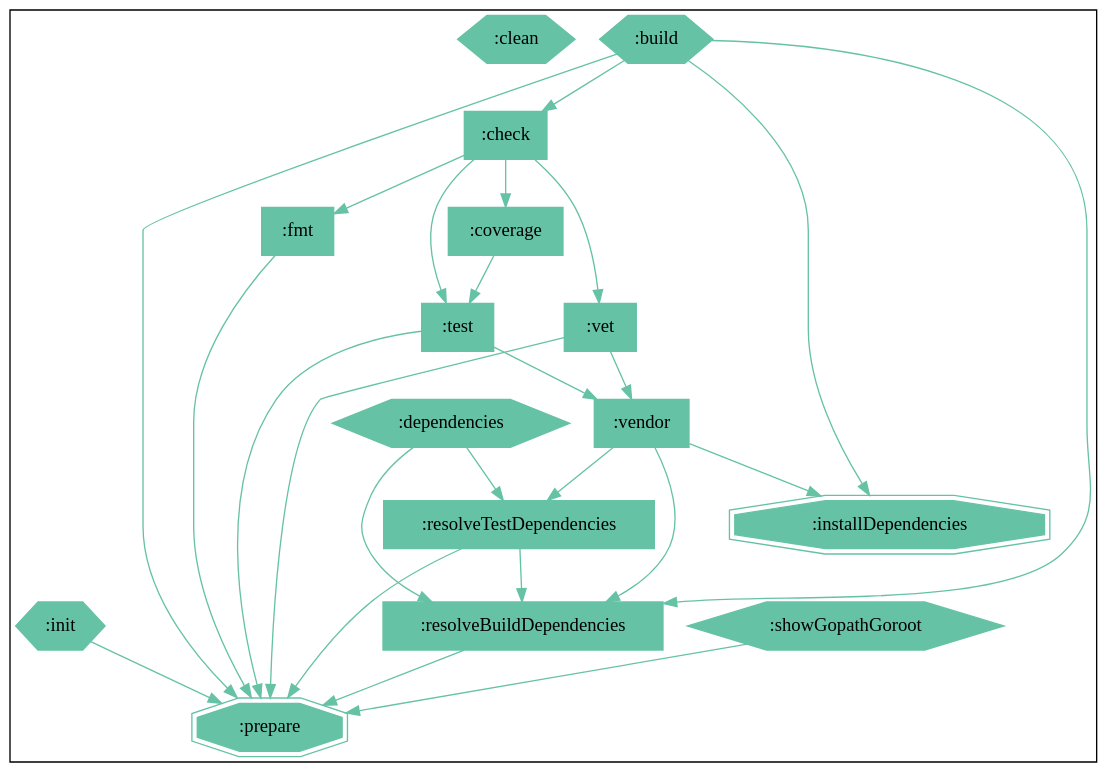
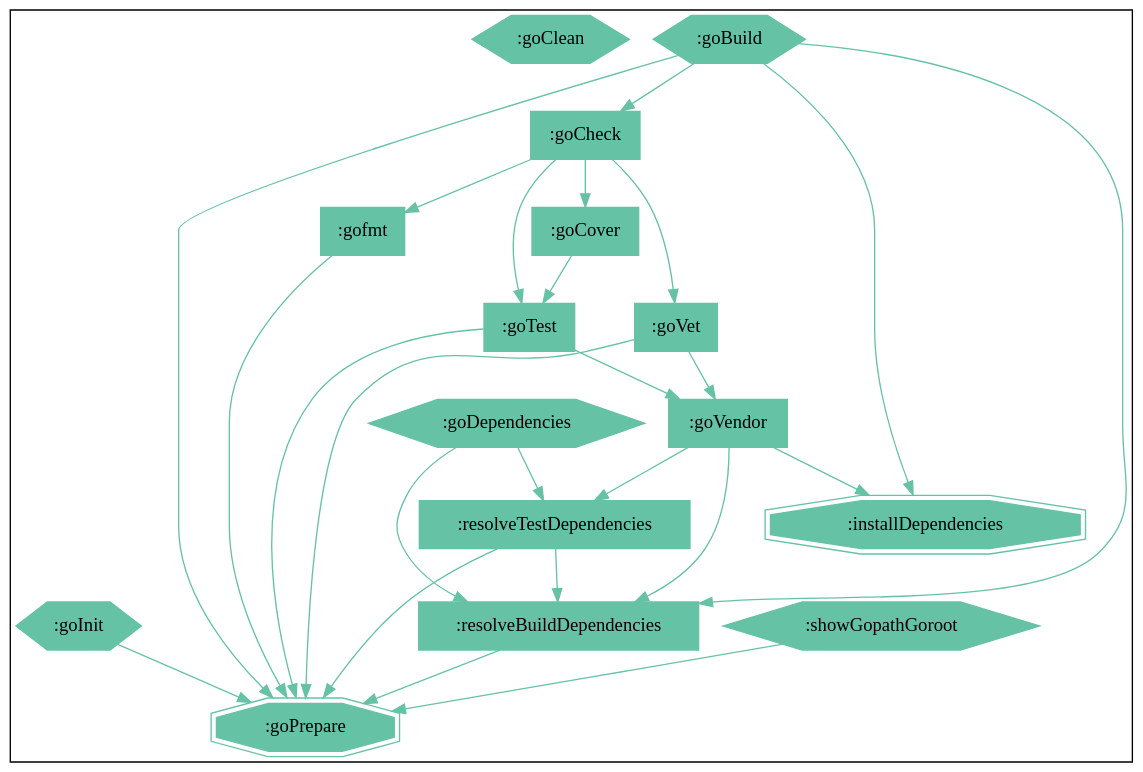
One commit to gogradle/gogradle changed the diagram in docs/images/visteg.dot. Above: the diagram before and after it, drawn with Graphviz. The commit also changed 14 other files, not shown here.

```diff
--- a/docs/images/visteg.dot
+++ b/docs/images/visteg.dot
@@ -1,39 +1,39 @@
 digraph compile { 
 colorscheme=spectral11;
-":clean" [shape="hexagon",colorscheme="spectral11",style=filled,color=9];
-":init" -> ":prepare" [colorscheme="spectral11",color=9];
-":init" [shape="hexagon",colorscheme="spectral11",style=filled,color=9];
-":prepare" [shape="doubleoctagon",colorscheme="spectral11",style=filled,color=9];
-":check" -> ":coverage" [colorscheme="spectral11",color=9];
-":check" -> ":test" [colorscheme="spectral11",color=9];
-":check" -> ":vet" [colorscheme="spectral11",color=9];
-":check" -> ":fmt" [colorscheme="spectral11",color=9];
-":check" [shape="box",colorscheme="spectral11",style=filled,color=9];
-":coverage" -> ":test" [colorscheme="spectral11",color=9];
-":coverage" [shape="box",colorscheme="spectral11",style=filled,color=9];
-":test" -> ":prepare" [colorscheme="spectral11",color=9];
-":test" -> ":vendor" [colorscheme="spectral11",color=9];
-":test" [shape="box",colorscheme="spectral11",style=filled,color=9];
-":vet" -> ":prepare" [colorscheme="spectral11",color=9];
-":vet" -> ":vendor" [colorscheme="spectral11",color=9];
-":vet" [shape="box",colorscheme="spectral11",style=filled,color=9];
-":fmt" -> ":prepare" [colorscheme="spectral11",color=9];
-":fmt" [shape="box",colorscheme="spectral11",style=filled,color=9];
-":test" [shape="box",colorscheme="spectral11",style=filled,color=9];
-":prepare" [shape="doubleoctagon",colorscheme="spectral11",style=filled,color=9];
-":vendor" -> ":installDependencies" [colorscheme="spectral11",color=9];
-":vendor" -> ":resolveBuildDependencies" [colorscheme="spectral11",color=9];
-":vendor" -> ":resolveTestDependencies" [colorscheme="spectral11",color=9];
-":vendor" [shape="box",colorscheme="spectral11",style=filled,color=9];
-":prepare" [shape="doubleoctagon",colorscheme="spectral11",style=filled,color=9];
-":vendor" [shape="box",colorscheme="spectral11",style=filled,color=9];
-":prepare" [shape="doubleoctagon",colorscheme="spectral11",style=filled,color=9];
-":prepare" [shape="doubleoctagon",colorscheme="spectral11",style=filled,color=9];
-":vendor" [shape="box",colorscheme="spectral11",style=filled,color=9];
+":goClean" [shape="hexagon",colorscheme="spectral11",style=filled,color=9];
+":goInit" -> ":goPrepare" [colorscheme="spectral11",color=9];
+":goInit" [shape="hexagon",colorscheme="spectral11",style=filled,color=9];
+":goPrepare" [shape="doubleoctagon",colorscheme="spectral11",style=filled,color=9];
+":goCheck" -> ":goCover" [colorscheme="spectral11",color=9];
+":goCheck" -> ":goTest" [colorscheme="spectral11",color=9];
+":goCheck" -> ":goVet" [colorscheme="spectral11",color=9];
+":goCheck" -> ":gofmt" [colorscheme="spectral11",color=9];
+":goCheck" [shape="box",colorscheme="spectral11",style=filled,color=9];
+":goCover" -> ":goTest" [colorscheme="spectral11",color=9];
+":goCover" [shape="box",colorscheme="spectral11",style=filled,color=9];
+":goTest" -> ":goPrepare" [colorscheme="spectral11",color=9];
+":goTest" -> ":goVendor" [colorscheme="spectral11",color=9];
+":goTest" [shape="box",colorscheme="spectral11",style=filled,color=9];
+":goVet" -> ":goPrepare" [colorscheme="spectral11",color=9];
+":goVet" -> ":goVendor" [colorscheme="spectral11",color=9];
+":goVet" [shape="box",colorscheme="spectral11",style=filled,color=9];
+":gofmt" -> ":goPrepare" [colorscheme="spectral11",color=9];
+":gofmt" [shape="box",colorscheme="spectral11",style=filled,color=9];
+":goTest" [shape="box",colorscheme="spectral11",style=filled,color=9];
+":goPrepare" [shape="doubleoctagon",colorscheme="spectral11",style=filled,color=9];
+":goVendor" -> ":installDependencies" [colorscheme="spectral11",color=9];
+":goVendor" -> ":resolveBuildDependencies" [colorscheme="spectral11",color=9];
+":goVendor" -> ":resolveTestDependencies" [colorscheme="spectral11",color=9];
+":goVendor" [shape="box",colorscheme="spectral11",style=filled,color=9];
+":goPrepare" [shape="doubleoctagon",colorscheme="spectral11",style=filled,color=9];
+":goVendor" [shape="box",colorscheme="spectral11",style=filled,color=9];
+":goPrepare" [shape="doubleoctagon",colorscheme="spectral11",style=filled,color=9];
+":goPrepare" [shape="doubleoctagon",colorscheme="spectral11",style=filled,color=9];
+":goVendor" [shape="box",colorscheme="spectral11",style=filled,color=9];
 ":installDependencies" [shape="doubleoctagon",colorscheme="spectral11",style=filled,color=9];
-":resolveBuildDependencies" -> ":prepare" [colorscheme="spectral11",color=9];
+":resolveBuildDependencies" -> ":goPrepare" [colorscheme="spectral11",color=9];
 ":resolveBuildDependencies" [shape="box",colorscheme="spectral11",style=filled,color=9];
-":resolveTestDependencies" -> ":prepare" [colorscheme="spectral11",color=9];
+":resolveTestDependencies" -> ":goPrepare" [colorscheme="spectral11",color=9];
 ":resolveTestDependencies" -> ":resolveBuildDependencies" [colorscheme="spectral11",color=9];
 ":resolveTestDependencies" [shape="box",colorscheme="spectral11",style=filled,color=9];
 ":installDependencies" [shape="doubleoctagon",colorscheme="spectral11",style=filled,color=9];
@@ -42,40 +42,40 @@
 ":installDependencies" [shape="doubleoctagon",colorscheme="spectral11",style=filled,color=9];
 ":resolveBuildDependencies" [shape="box",colorscheme="spectral11",style=filled,color=9];
 ":resolveTestDependencies" [shape="box",colorscheme="spectral11",style=filled,color=9];
-":prepare" [shape="doubleoctagon",colorscheme="spectral11",style=filled,color=9];
-":prepare" [shape="doubleoctagon",colorscheme="spectral11",style=filled,color=9];
+":goPrepare" [shape="doubleoctagon",colorscheme="spectral11",style=filled,color=9];
+":goPrepare" [shape="doubleoctagon",colorscheme="spectral11",style=filled,color=9];
 ":resolveBuildDependencies" [shape="box",colorscheme="spectral11",style=filled,color=9];
-":prepare" [shape="doubleoctagon",colorscheme="spectral11",style=filled,color=9];
-":prepare" [shape="doubleoctagon",colorscheme="spectral11",style=filled,color=9];
+":goPrepare" [shape="doubleoctagon",colorscheme="spectral11",style=filled,color=9];
+":goPrepare" [shape="doubleoctagon",colorscheme="spectral11",style=filled,color=9];
 ":resolveBuildDependencies" [shape="box",colorscheme="spectral11",style=filled,color=9];
-":prepare" [shape="doubleoctagon",colorscheme="spectral11",style=filled,color=9];
-":prepare" [shape="doubleoctagon",colorscheme="spectral11",style=filled,color=9];
+":goPrepare" [shape="doubleoctagon",colorscheme="spectral11",style=filled,color=9];
+":goPrepare" [shape="doubleoctagon",colorscheme="spectral11",style=filled,color=9];
 ":resolveBuildDependencies" [shape="box",colorscheme="spectral11",style=filled,color=9];
-":prepare" [shape="doubleoctagon",colorscheme="spectral11",style=filled,color=9];
-":prepare" [shape="doubleoctagon",colorscheme="spectral11",style=filled,color=9];
-":prepare" [shape="doubleoctagon",colorscheme="spectral11",style=filled,color=9];
-":build" -> ":check" [colorscheme="spectral11",color=9];
-":build" -> ":prepare" [colorscheme="spectral11",color=9];
-":build" -> ":installDependencies" [colorscheme="spectral11",color=9];
-":build" -> ":resolveBuildDependencies" [colorscheme="spectral11",color=9];
-":build" [shape="hexagon",colorscheme="spectral11",style=filled,color=9];
-":check" [shape="box",colorscheme="spectral11",style=filled,color=9];
-":prepare" [shape="doubleoctagon",colorscheme="spectral11",style=filled,color=9];
+":goPrepare" [shape="doubleoctagon",colorscheme="spectral11",style=filled,color=9];
+":goPrepare" [shape="doubleoctagon",colorscheme="spectral11",style=filled,color=9];
+":goPrepare" [shape="doubleoctagon",colorscheme="spectral11",style=filled,color=9];
+":goBuild" -> ":goCheck" [colorscheme="spectral11",color=9];
+":goBuild" -> ":goPrepare" [colorscheme="spectral11",color=9];
+":goBuild" -> ":installDependencies" [colorscheme="spectral11",color=9];
+":goBuild" -> ":resolveBuildDependencies" [colorscheme="spectral11",color=9];
+":goBuild" [shape="hexagon",colorscheme="spectral11",style=filled,color=9];
+":goCheck" [shape="box",colorscheme="spectral11",style=filled,color=9];
+":goPrepare" [shape="doubleoctagon",colorscheme="spectral11",style=filled,color=9];
 ":installDependencies" [shape="doubleoctagon",colorscheme="spectral11",style=filled,color=9];
 ":resolveBuildDependencies" [shape="box",colorscheme="spectral11",style=filled,color=9];
-":coverage" [shape="box",colorscheme="spectral11",style=filled,color=9];
-":test" [shape="box",colorscheme="spectral11",style=filled,color=9];
-":vet" [shape="box",colorscheme="spectral11",style=filled,color=9];
-":fmt" [shape="box",colorscheme="spectral11",style=filled,color=9];
-":prepare" [shape="doubleoctagon",colorscheme="spectral11",style=filled,color=9];
-":test" [shape="box",colorscheme="spectral11",style=filled,color=9];
-":prepare" [shape="doubleoctagon",colorscheme="spectral11",style=filled,color=9];
-":vendor" [shape="box",colorscheme="spectral11",style=filled,color=9];
-":prepare" [shape="doubleoctagon",colorscheme="spectral11",style=filled,color=9];
-":vendor" [shape="box",colorscheme="spectral11",style=filled,color=9];
-":prepare" [shape="doubleoctagon",colorscheme="spectral11",style=filled,color=9];
-":prepare" [shape="doubleoctagon",colorscheme="spectral11",style=filled,color=9];
-":vendor" [shape="box",colorscheme="spectral11",style=filled,color=9];
+":goCover" [shape="box",colorscheme="spectral11",style=filled,color=9];
+":goTest" [shape="box",colorscheme="spectral11",style=filled,color=9];
+":goVet" [shape="box",colorscheme="spectral11",style=filled,color=9];
+":gofmt" [shape="box",colorscheme="spectral11",style=filled,color=9];
+":goPrepare" [shape="doubleoctagon",colorscheme="spectral11",style=filled,color=9];
+":goTest" [shape="box",colorscheme="spectral11",style=filled,color=9];
+":goPrepare" [shape="doubleoctagon",colorscheme="spectral11",style=filled,color=9];
+":goVendor" [shape="box",colorscheme="spectral11",style=filled,color=9];
+":goPrepare" [shape="doubleoctagon",colorscheme="spectral11",style=filled,color=9];
+":goVendor" [shape="box",colorscheme="spectral11",style=filled,color=9];
+":goPrepare" [shape="doubleoctagon",colorscheme="spectral11",style=filled,color=9];
+":goPrepare" [shape="doubleoctagon",colorscheme="spectral11",style=filled,color=9];
+":goVendor" [shape="box",colorscheme="spectral11",style=filled,color=9];
 ":installDependencies" [shape="doubleoctagon",colorscheme="spectral11",style=filled,color=9];
 ":resolveBuildDependencies" [shape="box",colorscheme="spectral11",style=filled,color=9];
 ":resolveTestDependencies" [shape="box",colorscheme="spectral11",style=filled,color=9];
@@ -85,59 +85,59 @@
 ":installDependencies" [shape="doubleoctagon",colorscheme="spectral11",style=filled,color=9];
 ":resolveBuildDependencies" [shape="box",colorscheme="spectral11",style=filled,color=9];
 ":resolveTestDependencies" [shape="box",colorscheme="spectral11",style=filled,color=9];
-":prepare" [shape="doubleoctagon",colorscheme="spectral11",style=filled,color=9];
-":prepare" [shape="doubleoctagon",colorscheme="spectral11",style=filled,color=9];
+":goPrepare" [shape="doubleoctagon",colorscheme="spectral11",style=filled,color=9];
+":goPrepare" [shape="doubleoctagon",colorscheme="spectral11",style=filled,color=9];
 ":resolveBuildDependencies" [shape="box",colorscheme="spectral11",style=filled,color=9];
-":prepare" [shape="doubleoctagon",colorscheme="spectral11",style=filled,color=9];
-":prepare" [shape="doubleoctagon",colorscheme="spectral11",style=filled,color=9];
+":goPrepare" [shape="doubleoctagon",colorscheme="spectral11",style=filled,color=9];
+":goPrepare" [shape="doubleoctagon",colorscheme="spectral11",style=filled,color=9];
 ":resolveBuildDependencies" [shape="box",colorscheme="spectral11",style=filled,color=9];
-":prepare" [shape="doubleoctagon",colorscheme="spectral11",style=filled,color=9];
-":prepare" [shape="doubleoctagon",colorscheme="spectral11",style=filled,color=9];
+":goPrepare" [shape="doubleoctagon",colorscheme="spectral11",style=filled,color=9];
+":goPrepare" [shape="doubleoctagon",colorscheme="spectral11",style=filled,color=9];
 ":resolveBuildDependencies" [shape="box",colorscheme="spectral11",style=filled,color=9];
-":prepare" [shape="doubleoctagon",colorscheme="spectral11",style=filled,color=9];
-":prepare" [shape="doubleoctagon",colorscheme="spectral11",style=filled,color=9];
-":prepare" [shape="doubleoctagon",colorscheme="spectral11",style=filled,color=9];
-":vendor" [shape="box",colorscheme="spectral11",style=filled,color=9];
+":goPrepare" [shape="doubleoctagon",colorscheme="spectral11",style=filled,color=9];
+":goPrepare" [shape="doubleoctagon",colorscheme="spectral11",style=filled,color=9];
+":goPrepare" [shape="doubleoctagon",colorscheme="spectral11",style=filled,color=9];
+":goVendor" [shape="box",colorscheme="spectral11",style=filled,color=9];
 ":installDependencies" [shape="doubleoctagon",colorscheme="spectral11",style=filled,color=9];
 ":resolveBuildDependencies" [shape="box",colorscheme="spectral11",style=filled,color=9];
 ":resolveTestDependencies" [shape="box",colorscheme="spectral11",style=filled,color=9];
-":prepare" [shape="doubleoctagon",colorscheme="spectral11",style=filled,color=9];
-":prepare" [shape="doubleoctagon",colorscheme="spectral11",style=filled,color=9];
+":goPrepare" [shape="doubleoctagon",colorscheme="spectral11",style=filled,color=9];
+":goPrepare" [shape="doubleoctagon",colorscheme="spectral11",style=filled,color=9];
 ":resolveBuildDependencies" [shape="box",colorscheme="spectral11",style=filled,color=9];
-":prepare" [shape="doubleoctagon",colorscheme="spectral11",style=filled,color=9];
-":vendor" [shape="box",colorscheme="spectral11",style=filled,color=9];
+":goPrepare" [shape="doubleoctagon",colorscheme="spectral11",style=filled,color=9];
+":goVendor" [shape="box",colorscheme="spectral11",style=filled,color=9];
 ":installDependencies" [shape="doubleoctagon",colorscheme="spectral11",style=filled,color=9];
 ":resolveBuildDependencies" [shape="box",colorscheme="spectral11",style=filled,color=9];
 ":resolveTestDependencies" [shape="box",colorscheme="spectral11",style=filled,color=9];
-":prepare" [shape="doubleoctagon",colorscheme="spectral11",style=filled,color=9];
-":prepare" [shape="doubleoctagon",colorscheme="spectral11",style=filled,color=9];
+":goPrepare" [shape="doubleoctagon",colorscheme="spectral11",style=filled,color=9];
+":goPrepare" [shape="doubleoctagon",colorscheme="spectral11",style=filled,color=9];
 ":resolveBuildDependencies" [shape="box",colorscheme="spectral11",style=filled,color=9];
-":prepare" [shape="doubleoctagon",colorscheme="spectral11",style=filled,color=9];
-":vendor" [shape="box",colorscheme="spectral11",style=filled,color=9];
+":goPrepare" [shape="doubleoctagon",colorscheme="spectral11",style=filled,color=9];
+":goVendor" [shape="box",colorscheme="spectral11",style=filled,color=9];
 ":installDependencies" [shape="doubleoctagon",colorscheme="spectral11",style=filled,color=9];
 ":resolveBuildDependencies" [shape="box",colorscheme="spectral11",style=filled,color=9];
 ":resolveTestDependencies" [shape="box",colorscheme="spectral11",style=filled,color=9];
-":prepare" [shape="doubleoctagon",colorscheme="spectral11",style=filled,color=9];
-":prepare" [shape="doubleoctagon",colorscheme="spectral11",style=filled,color=9];
+":goPrepare" [shape="doubleoctagon",colorscheme="spectral11",style=filled,color=9];
+":goPrepare" [shape="doubleoctagon",colorscheme="spectral11",style=filled,color=9];
 ":resolveBuildDependencies" [shape="box",colorscheme="spectral11",style=filled,color=9];
-":prepare" [shape="doubleoctagon",colorscheme="spectral11",style=filled,color=9];
-":showGopathGoroot" -> ":prepare" [colorscheme="spectral11",color=9];
+":goPrepare" [shape="doubleoctagon",colorscheme="spectral11",style=filled,color=9];
+":showGopathGoroot" -> ":goPrepare" [colorscheme="spectral11",color=9];
 ":showGopathGoroot" [shape="hexagon",colorscheme="spectral11",style=filled,color=9];
-":vendor" [shape="box",colorscheme="spectral11",style=filled,color=9];
+":goVendor" [shape="box",colorscheme="spectral11",style=filled,color=9];
 ":installDependencies" [shape="doubleoctagon",colorscheme="spectral11",style=filled,color=9];
 ":resolveBuildDependencies" [shape="box",colorscheme="spectral11",style=filled,color=9];
 ":resolveTestDependencies" [shape="box",colorscheme="spectral11",style=filled,color=9];
-":prepare" [shape="doubleoctagon",colorscheme="spectral11",style=filled,color=9];
-":prepare" [shape="doubleoctagon",colorscheme="spectral11",style=filled,color=9];
+":goPrepare" [shape="doubleoctagon",colorscheme="spectral11",style=filled,color=9];
+":goPrepare" [shape="doubleoctagon",colorscheme="spectral11",style=filled,color=9];
 ":resolveBuildDependencies" [shape="box",colorscheme="spectral11",style=filled,color=9];
-":prepare" [shape="doubleoctagon",colorscheme="spectral11",style=filled,color=9];
-":dependencies" -> ":resolveBuildDependencies" [colorscheme="spectral11",color=9];
-":dependencies" -> ":resolveTestDependencies" [colorscheme="spectral11",color=9];
-":dependencies" [shape="hexagon",colorscheme="spectral11",style=filled,color=9];
+":goPrepare" [shape="doubleoctagon",colorscheme="spectral11",style=filled,color=9];
+":goDependencies" -> ":resolveBuildDependencies" [colorscheme="spectral11",color=9];
+":goDependencies" -> ":resolveTestDependencies" [colorscheme="spectral11",color=9];
+":goDependencies" [shape="hexagon",colorscheme="spectral11",style=filled,color=9];
 ":resolveBuildDependencies" [shape="box",colorscheme="spectral11",style=filled,color=9];
 ":resolveTestDependencies" [shape="box",colorscheme="spectral11",style=filled,color=9];
-":prepare" [shape="doubleoctagon",colorscheme="spectral11",style=filled,color=9];
-":prepare" [shape="doubleoctagon",colorscheme="spectral11",style=filled,color=9];
+":goPrepare" [shape="doubleoctagon",colorscheme="spectral11",style=filled,color=9];
+":goPrepare" [shape="doubleoctagon",colorscheme="spectral11",style=filled,color=9];
 ":resolveBuildDependencies" [shape="box",colorscheme="spectral11",style=filled,color=9];
-":prepare" [shape="doubleoctagon",colorscheme="spectral11",style=filled,color=9];
+":goPrepare" [shape="doubleoctagon",colorscheme="spectral11",style=filled,color=9];
 }
```
